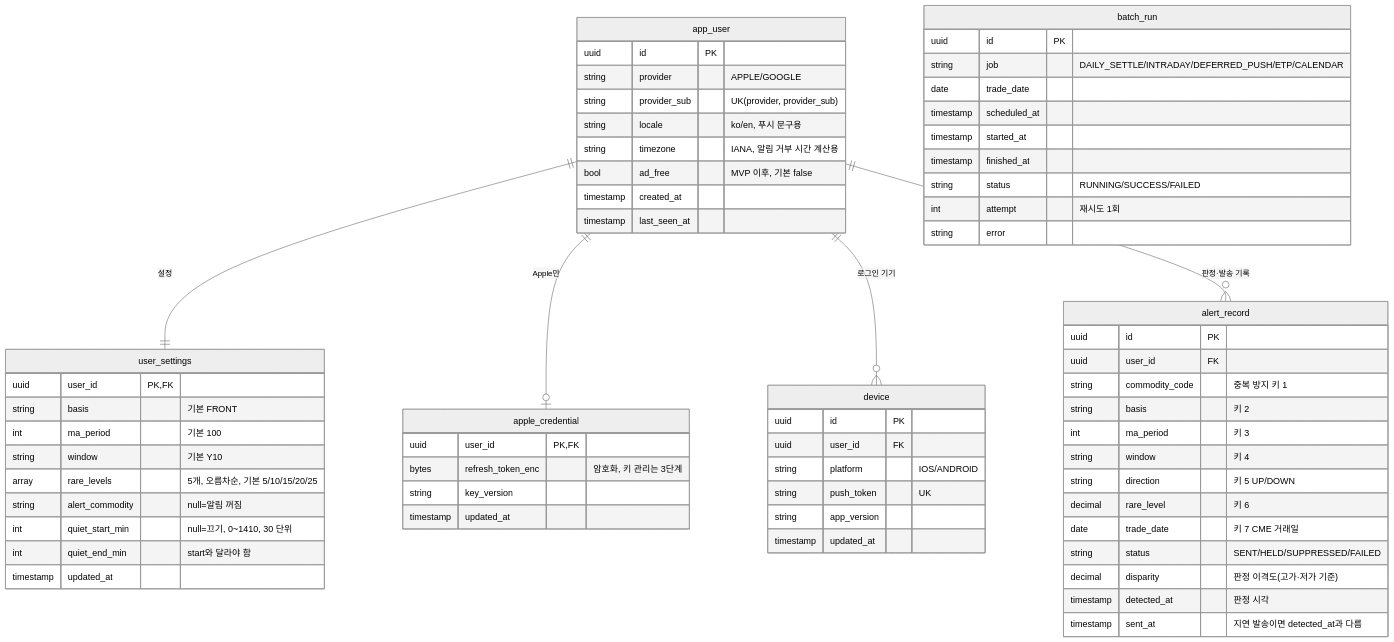
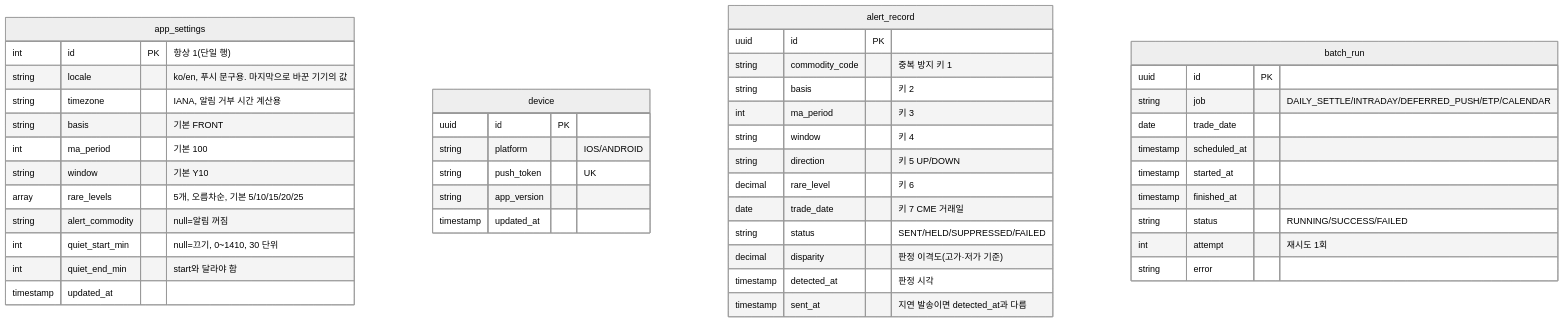
Before and after one commit to seyoun10/futureETP: the third of 3 diagrams in docs/data-model.md, drawn with Mermaid (neutral theme). The commit also changed other lines of this file and 6 other files, not shown here.

````diff
--- a/docs/data-model.md
+++ b/docs/data-model.md
@@ -216,69 +218,48 @@
 ```mermaid
 erDiagram
-    app_user ||--|| user_settings : "설정"
-    app_user ||--o| apple_credential : "Apple만"
-    app_user ||--o{ device : "로그인 기기"
-    app_user ||--o{ alert_record : "판정·발송 기록"
-
-    app_user {
-        uuid id PK
-        string provider "APPLE/GOOGLE"
-        string provider_sub "UK(provider, provider_sub)"
-        string locale "ko/en, 푸시 문구용"
+    app_settings {
+        int id PK "항상 1(단일 행)"
+        string locale "ko/en, 푸시 문구용. 마지막으로 바꾼 기기의 값"
         string timezone "IANA, 알림 거부 시간 계산용"
-        bool ad_free "MVP 이후, 기본 false"
-        timestamp created_at
-        timestamp last_seen_at
-    }
-    apple_credential {
-        uuid user_id PK,FK
-        bytes refresh_token_enc "암호화, 키 관리는 3단계"
-        string key_version
-        timestamp updated_at
-    }
-    user_settings {
-        uuid user_id PK,FK
         string basis "기본 FRONT"
         int ma_period "기본 100"
         string window "기본 Y10"
         array rare_levels "5개, 오름차순, 기본 5/10/15/20/25"
         string alert_commodity "null=알림 꺼짐"
         int quiet_start_min "null=끄기, 0~1410, 30 단위"
         int quiet_end_min "start와 달라야 함"
         timestamp updated_at
     }
     device {
         uuid id PK
-        uuid user_id FK
         string platform "IOS/ANDROID"
         string push_token "UK"
         string app_version
         timestamp updated_at
     }
     alert_record {
         uuid id PK
-        uuid user_id FK
         string commodity_code "중복 방지 키 1"
         string basis "키 2"
         int ma_period "키 3"
         string window "키 4"
         string direction "키 5 UP/DOWN"
         decimal rare_level "키 6"
         date trade_date "키 7 CME 거래일"
         string status "SENT/HELD/SUPPRESSED/FAILED"
         decimal disparity "판정 이격도(고가·저가 기준)"
         timestamp detected_at "판정 시각"
         timestamp sent_at "지연 발송이면 detected_at과 다름"
     }
     batch_run {
         uuid id PK
         string job "DAILY_SETTLE/INTRADAY/DEFERRED_PUSH/ETP/CALENDAR"
         date trade_date
         timestamp scheduled_at
         timestamp started_at
         timestamp finished_at
         string status "RUNNING/SUCCESS/FAILED"
         int attempt "재시도 1회"
         string error
     }
 ```
````
